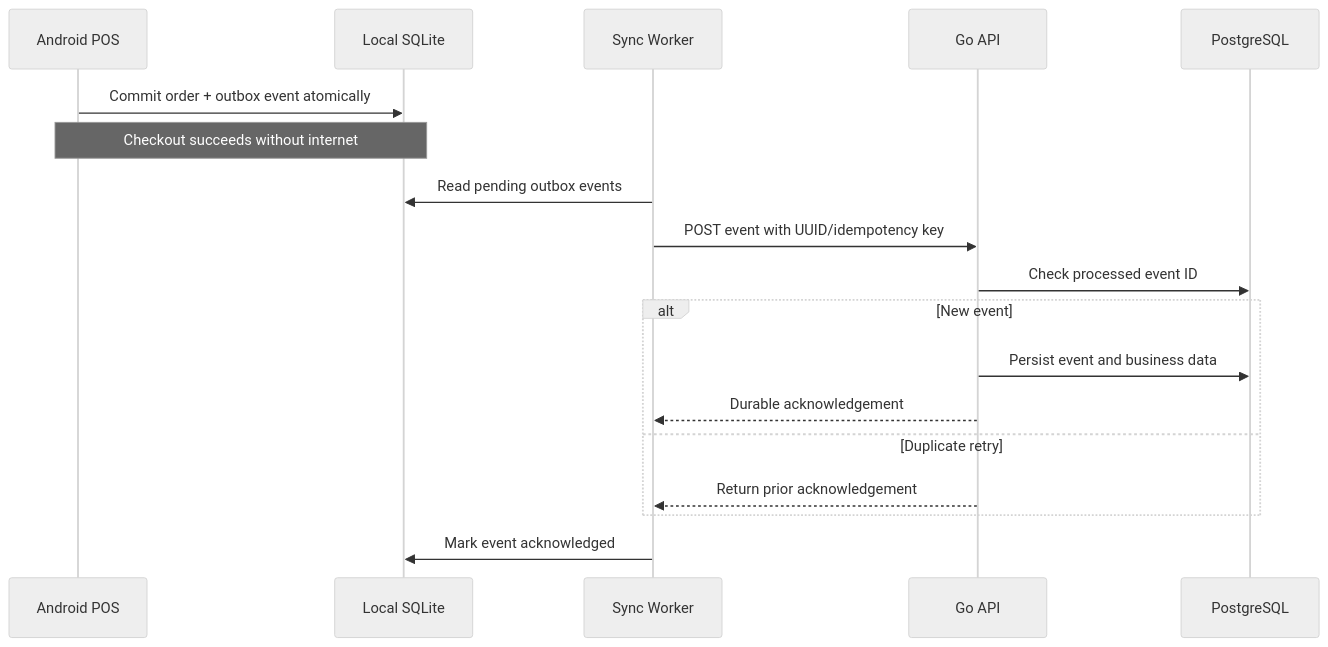
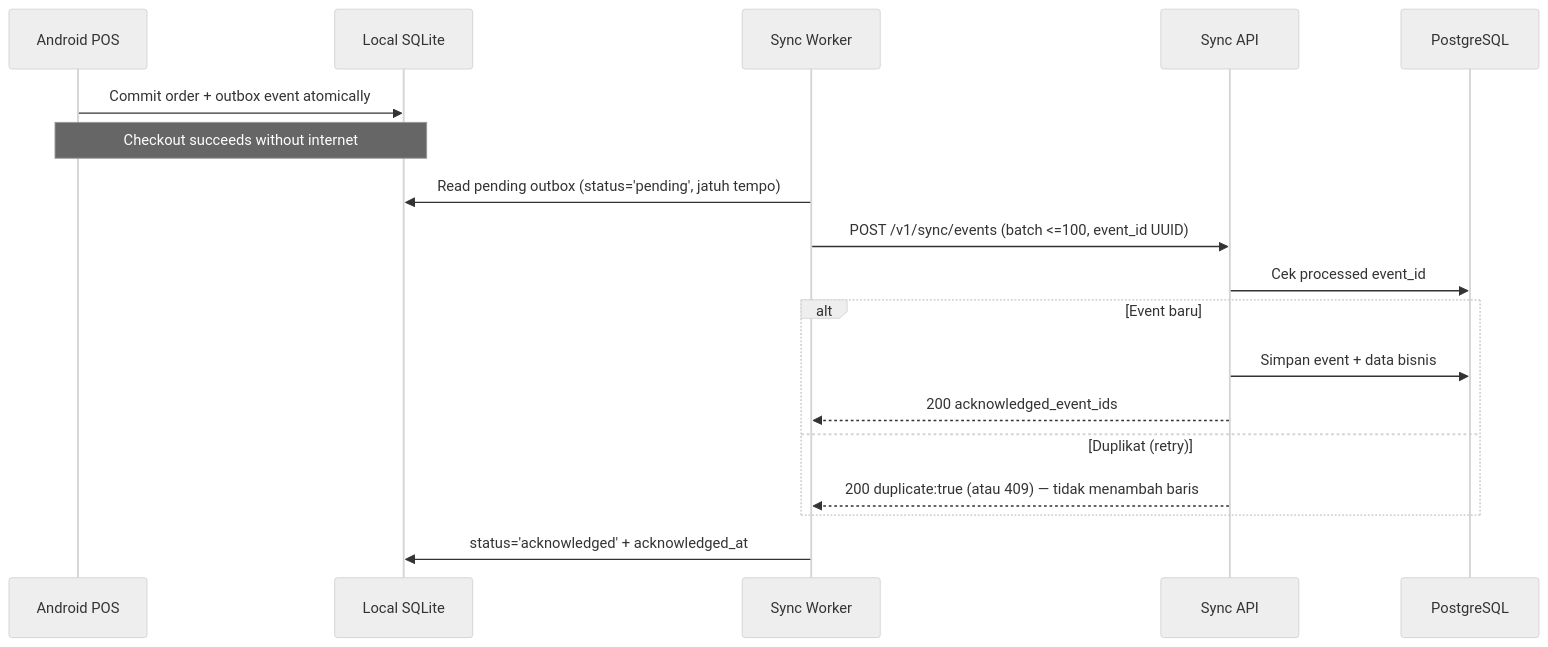
The diagram in docs/offline-sync-flow.md (kianlabs/coffee-shop-pos), drawn with Mermaid (neutral theme) before and after one commit. The commit also changed other lines of this file and 23 other files, not shown here.

````diff
--- a/docs/offline-sync-flow.md
+++ b/docs/offline-sync-flow.md
@@ -3,21 +3,21 @@
 ```mermaid
 sequenceDiagram
     participant POS as Android POS
     participant DB as Local SQLite
     participant Worker as Sync Worker
-    participant API as Go API
+    participant API as Sync API
     participant PG as PostgreSQL
 
     POS->>DB: Commit order + outbox event atomically
     Note over POS,DB: Checkout succeeds without internet
-    Worker->>DB: Read pending outbox events
-    Worker->>API: POST event with UUID/idempotency key
-    API->>PG: Check processed event ID
-    alt New event
-        API->>PG: Persist event and business data
-        API-->>Worker: Durable acknowledgement
-    else Duplicate retry
-        API-->>Worker: Return prior acknowledgement
+    Worker->>DB: Read pending outbox (status='pending', jatuh tempo)
+    Worker->>API: POST /v1/sync/events (batch <=100, event_id UUID)
+    API->>PG: Cek processed event_id
+    alt Event baru
+        API->>PG: Simpan event + data bisnis
+        API-->>Worker: 200 acknowledged_event_ids
+    else Duplikat (retry)
+        API-->>Worker: 200 duplicate:true (atau 409) — tidak menambah baris
     end
-    Worker->>DB: Mark event acknowledged
+    Worker->>DB: status='acknowledged' + acknowledged_at
 ```
````
